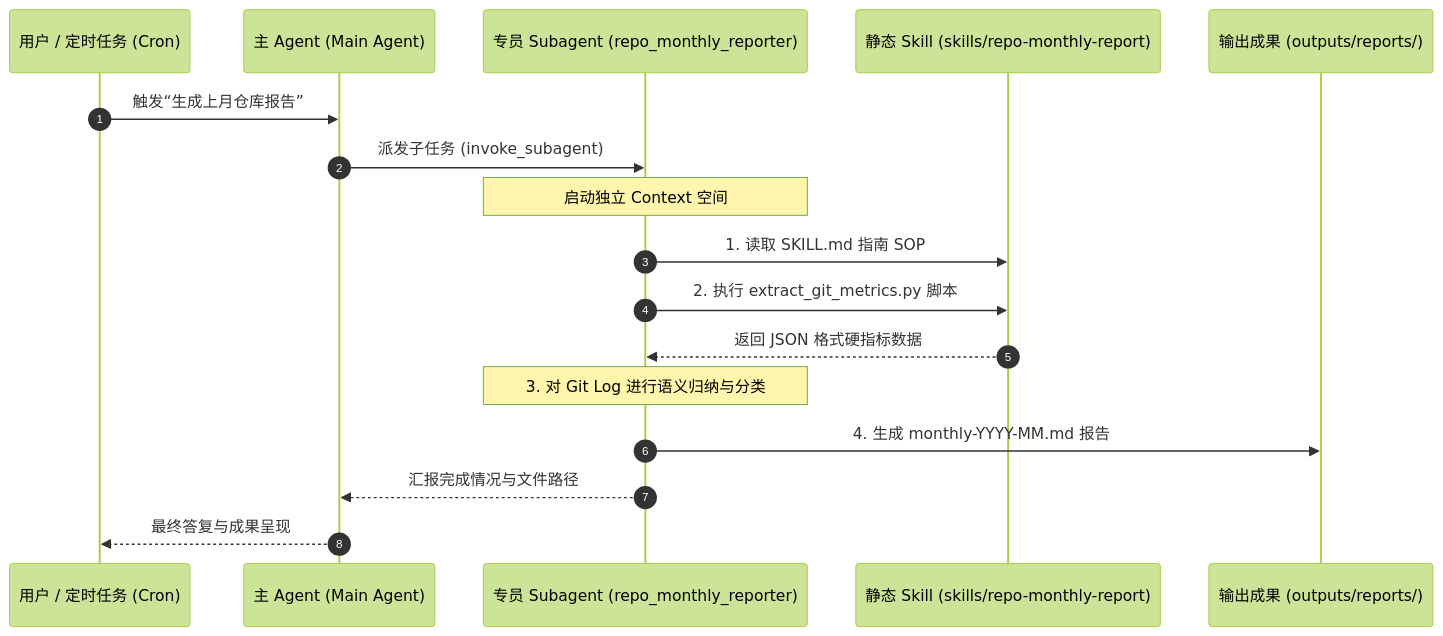
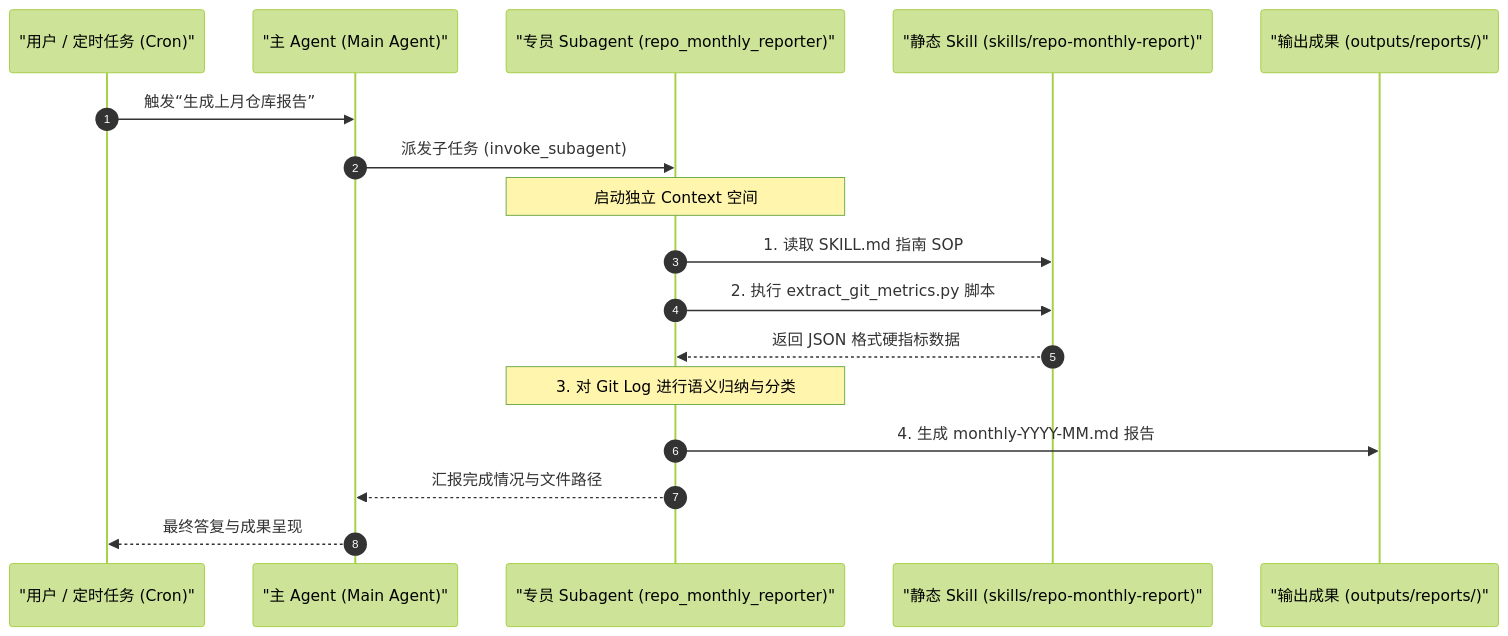
Before and after one commit to stutiredboy/stutiredboy.github.io: the second of 2 diagrams in content/demystifying-skill-subagent-and-agent.md, drawn with Mermaid (forest theme).

Commit message:
fix: quote participant names in mermaid sequenceDiagram for v11 compat

````diff
--- a/content/demystifying-skill-subagent-and-agent.md
+++ b/content/demystifying-skill-subagent-and-agent.md
@@ -68,20 +68,20 @@
 ```mermaid
 sequenceDiagram
     autonumber
-    participant User as 用户 / 定时任务 (Cron)
-    participant MainAgent as 主 Agent (Main Agent)
-    participant SubAgent as 专员 Subagent (repo_monthly_reporter)
-    participant SkillDir as 静态 Skill (skills/repo-monthly-report)
-    participant Report as 输出成果 (outputs/reports/)
+    participant User as "用户 / 定时任务 (Cron)"
+    participant MainAgent as "主 Agent (Main Agent)"
+    participant SubAgent as "专员 Subagent (repo_monthly_reporter)"
+    participant SkillDir as "静态 Skill (skills/repo-monthly-report)"
+    participant Report as "输出成果 (outputs/reports/)"
 
     User->>MainAgent: 触发“生成上月仓库报告”
     MainAgent->>SubAgent: 派发子任务 (invoke_subagent)
     Note over SubAgent: 启动独立 Context 空间
     SubAgent->>SkillDir: 1. 读取 SKILL.md 指南 SOP
     SubAgent->>SkillDir: 2. 执行 extract_git_metrics.py 脚本
     SkillDir-->>SubAgent: 返回 JSON 格式硬指标数据
     Note over SubAgent: 3. 对 Git Log 进行语义归纳与分类
     SubAgent->>Report: 4. 生成 monthly-YYYY-MM.md 报告
     SubAgent-->>MainAgent: 汇报完成情况与文件路径
     MainAgent-->>User: 最终答复与成果呈现
 ```
````
